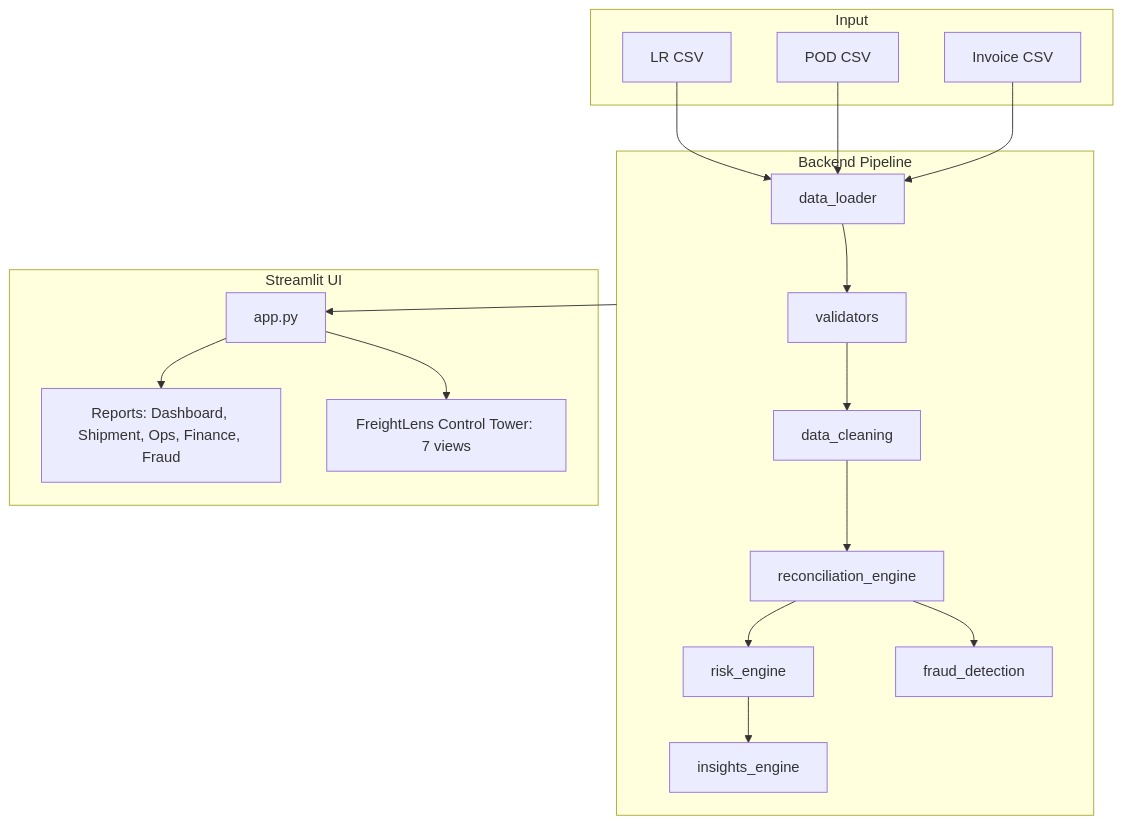
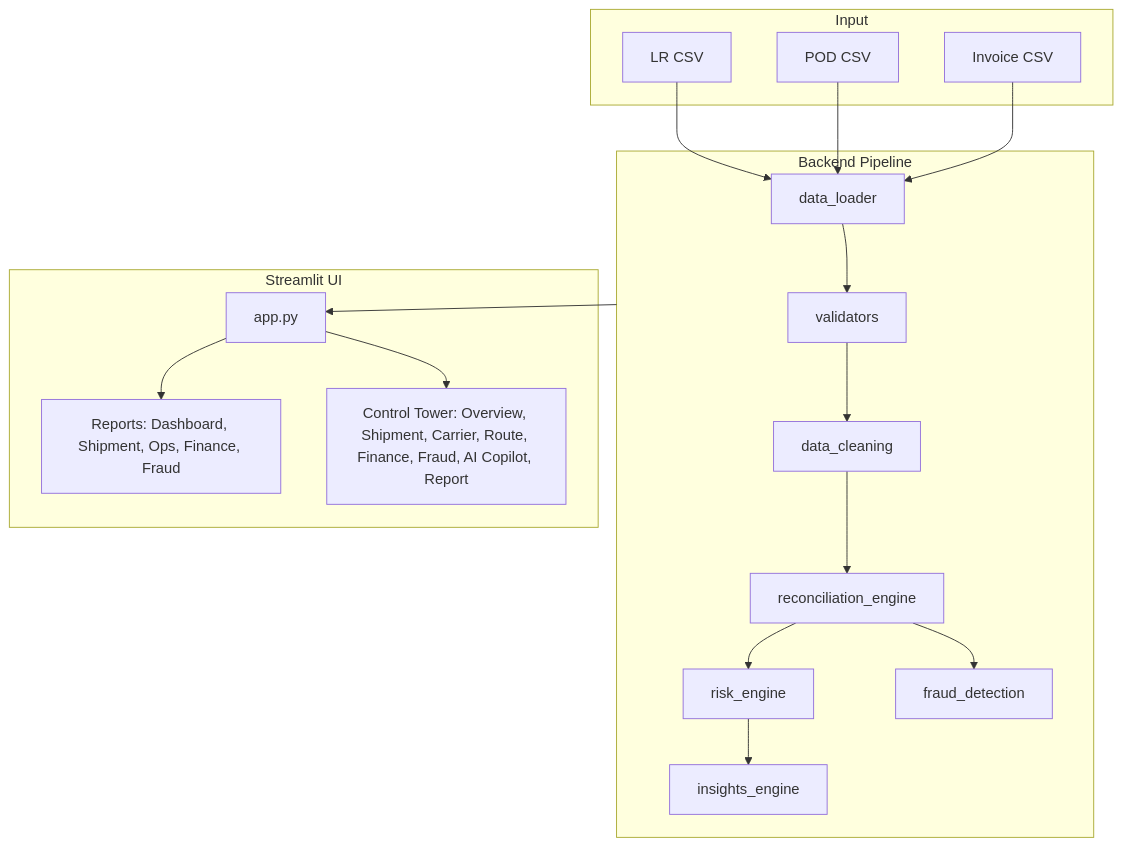
One commit to abizer007/AI-Document-Intelligence-LR-POD-Invoice-Matching-Agent_LogisticsNow-Hackathon changed the first of 3 diagrams in README.md. Above: the diagram before and after it, drawn with Mermaid. The commit also changed other lines of this file, not shown here.

First line of the commit message:
docs: update README with latest features, team members, and PDF report

````diff
--- a/README.md
+++ b/README.md
@@ -52,34 +63,34 @@
 ```mermaid
 flowchart TB
     subgraph input [Input]
         LR[LR CSV]
         POD[POD CSV]
         INV[Invoice CSV]
     end
     subgraph backend [Backend Pipeline]
         Load[data_loader]
         Valid[validators]
         Clean[data_cleaning]
         Recon[reconciliation_engine]
         Risk[risk_engine]
         Fraud[fraud_detection]
         Insights[insights_engine]
     end
     subgraph ui [Streamlit UI]
         App[app.py]
         Reports[Reports: Dashboard, Shipment, Ops, Finance, Fraud]
-        ControlTower[FreightLens Control Tower: 7 views]
+        ControlTower[Control Tower: Overview, Shipment, Carrier, Route, Finance, Fraud, AI Copilot, Report]
     end
     LR --> Load
     POD --> Load
     INV --> Load
     Load --> Valid
     Valid --> Clean
     Clean --> Recon
     Recon --> Risk
     Recon --> Fraud
     Risk --> Insights
     backend --> App
     App --> Reports
     App --> ControlTower
 ```
````
